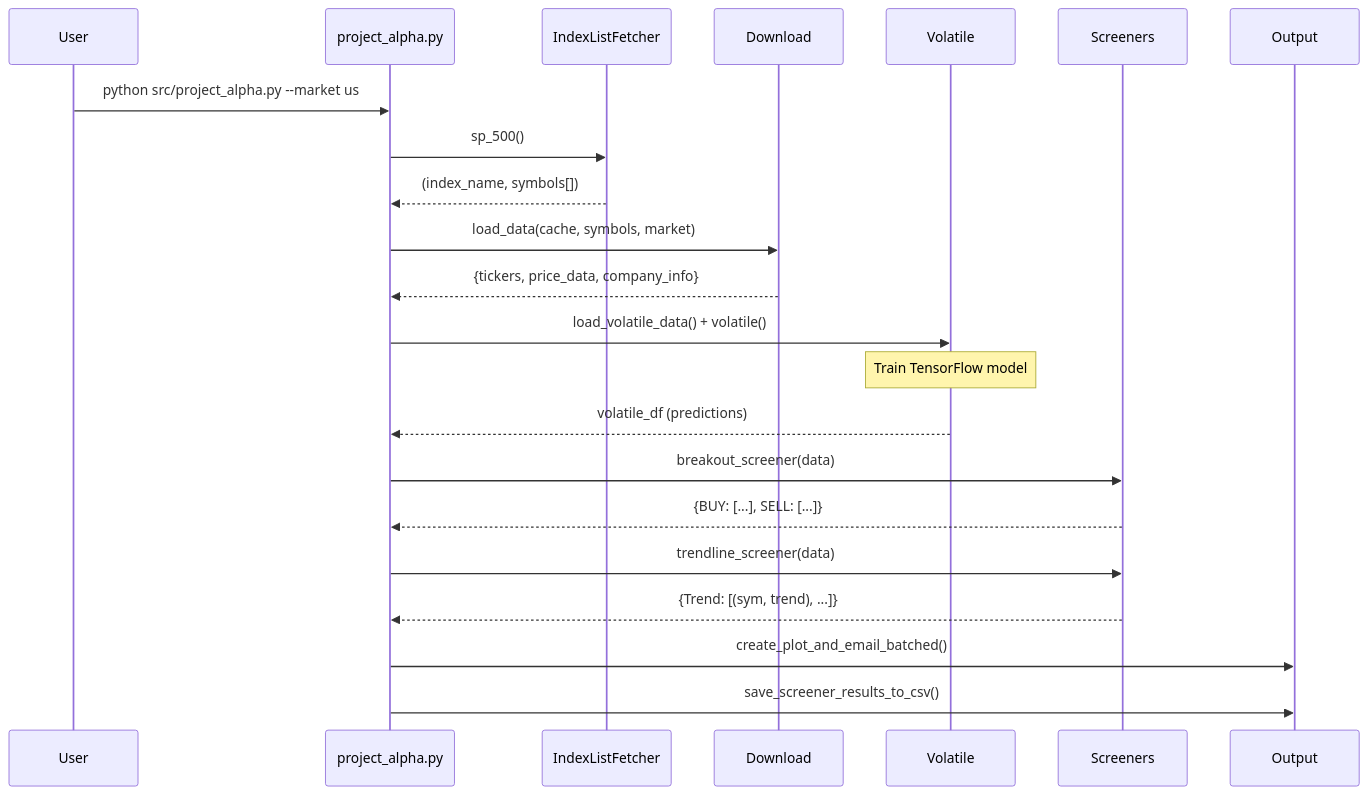
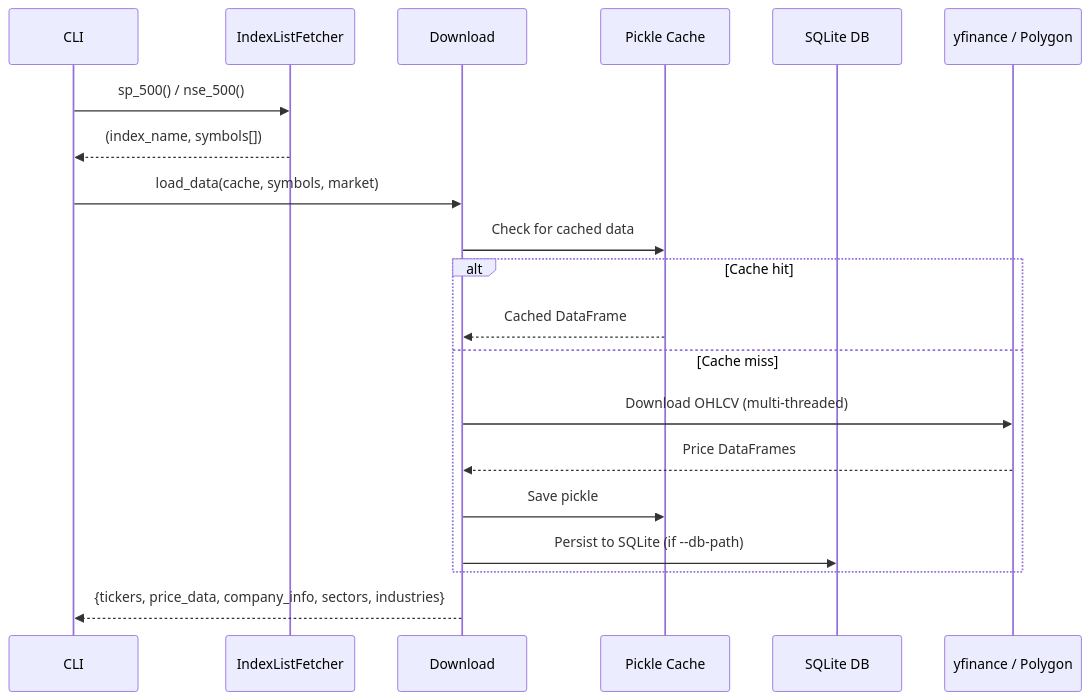
Before and after one commit to Ajith-82/project_alpha: the second of 5 diagrams in docs/architecture_documentation.md, drawn with Mermaid. The commit also changed other lines of this file and 25 other files, not shown here.

````diff
--- a/docs/architecture_documentation.md
+++ b/docs/architecture_documentation.md
@@ -158,29 +264,23 @@
 ```mermaid
 sequenceDiagram
-    participant User
-    participant CLI as project_alpha.py
-    participant Index as IndexListFetcher
+    participant CLI
+    participant ILF as IndexListFetcher
     participant DL as Download
-    participant Vol as Volatile
-    participant Scr as Screeners
-    participant Out as Output
-    
-    User->>CLI: python src/project_alpha.py --market us
-    CLI->>Index: sp_500()
-    Index-->>CLI: (index_name, symbols[])
+    participant Cache as Pickle Cache
+    participant DB as SQLite DB
+    participant API as yfinance / Polygon
+
+    CLI->>ILF: sp_500() / nse_500()
+    ILF-->>CLI: (index_name, symbols[])
     CLI->>DL: load_data(cache, symbols, market)
-    DL-->>CLI: {tickers, price_data, company_info}
-    
-    CLI->>Vol: load_volatile_data() + volatile()
-    Note over Vol: Train TensorFlow model
-    Vol-->>CLI: volatile_df (predictions)
-    
-    CLI->>Scr: breakout_screener(data)
-    Scr-->>CLI: {BUY: [...], SELL: [...]}
-    
-    CLI->>Scr: trendline_screener(data)
-    Scr-->>CLI: {Trend: [(sym, trend), ...]}
-    
-    CLI->>Out: create_plot_and_email_batched()
-    CLI->>Out: save_screener_results_to_csv()
+    DL->>Cache: Check for cached data
+    alt Cache hit
+        Cache-->>DL: Cached DataFrame
+    else Cache miss
+        DL->>API: Download OHLCV (multi-threaded)
+        API-->>DL: Price DataFrames
+        DL->>Cache: Save pickle
+        DL->>DB: Persist to SQLite (if --db-path)
+    end
+    DL-->>CLI: {tickers, price_data, company_info, sectors, industries}
 ```
````
